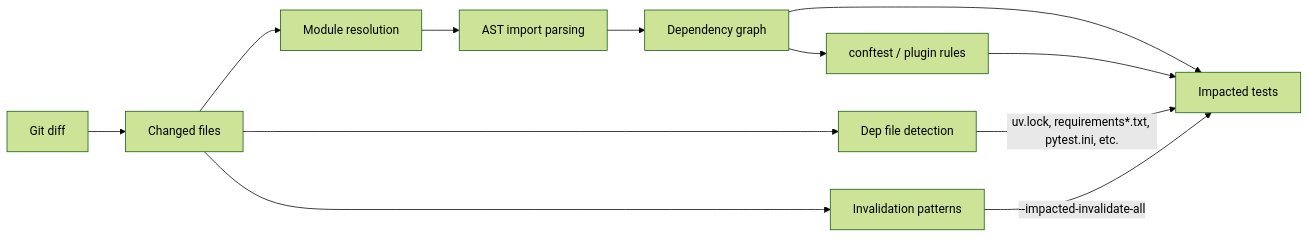
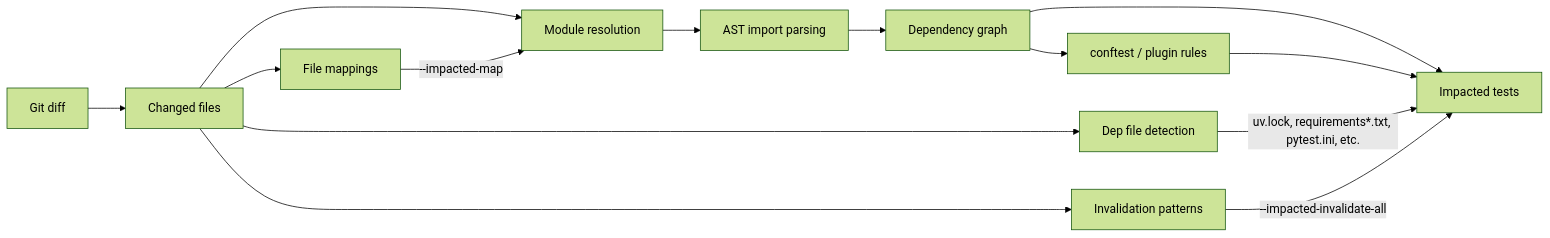
The diagram in docs/usage.md (promptromp/pytest-impacted), drawn with Mermaid (forest theme) before and after one commit. The commit also changed other lines of this file and 12 other files, not shown here.

First line of the commit message:
feat: --impacted-map GLOB=PATH, a changed file counting as a change to PATH (#111)

````diff
--- a/docs/usage.md
+++ b/docs/usage.md
@@ -350,14 +381,16 @@
 ```mermaid
 graph LR
     A[Git diff] --> B[Changed files]
     B --> C[Module resolution]
     C --> D[AST import parsing]
     D --> E[Dependency graph]
     E --> G[Impacted tests]
     E --> P[conftest / plugin rules]
     P --> G
     B --> F[Dep file detection]
     F -->|uv.lock, requirements*.txt, pytest.ini, etc.| G
     B --> H[Invalidation patterns]
     H -->|--impacted-invalidate-all| G
+    B --> M[File mappings]
+    M -->|--impacted-map| C
 ```
````
